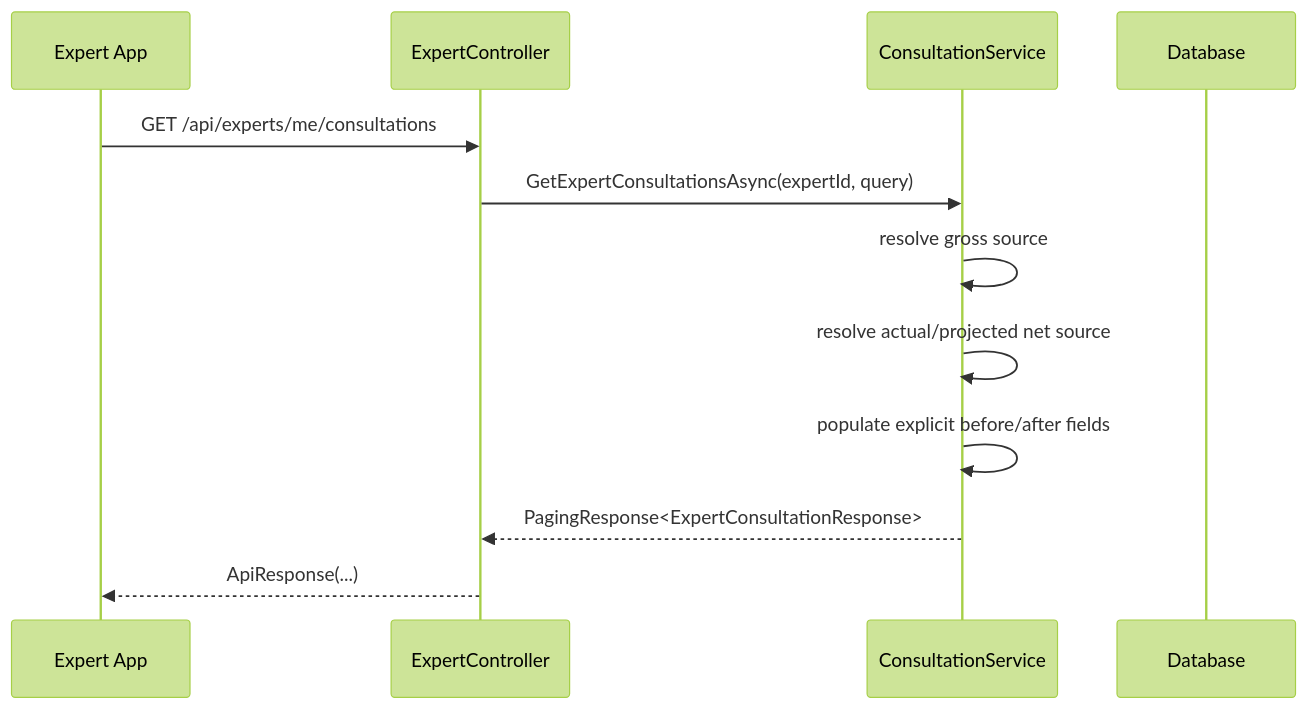
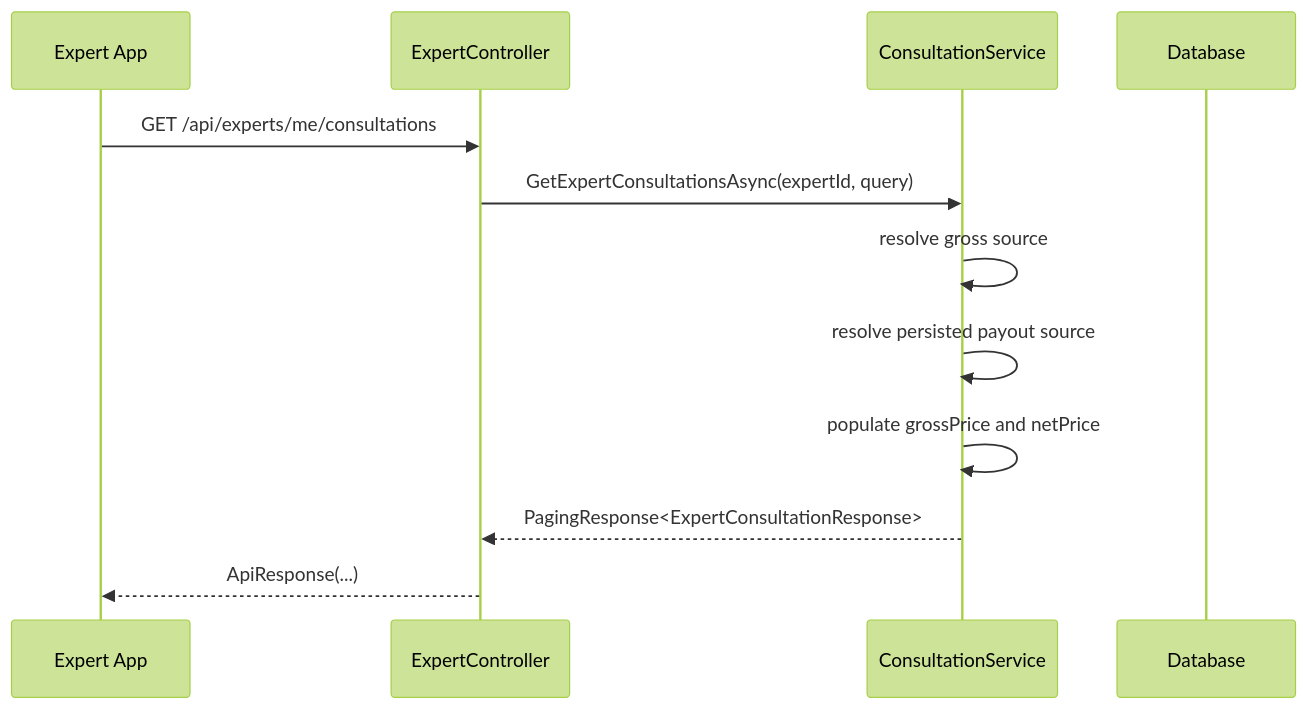
The fourth of 4 diagrams in Docs/05-Backend/02-layers/consultation-information-response/consultation-information-response.sourcecode.md (Snake-AID/SnakeAid.Docs), drawn with Mermaid (forest theme) before and after one commit. The commit also changed other lines of this file and 4 other files, not shown here.

````diff
--- a/Docs/05-Backend/02-layers/consultation-information-response/consultation-information-response.sourcecode.md
+++ b/Docs/05-Backend/02-layers/consultation-information-response/consultation-information-response.sourcecode.md
@@ -189,15 +196,15 @@
 ```mermaid
 sequenceDiagram
     participant App as Expert App
     participant API as ExpertController
     participant Service as ConsultationService
     participant DB as Database
 
     App->>API: GET /api/experts/me/consultations
     API->>Service: GetExpertConsultationsAsync(expertId, query)
     Service->>Service: resolve gross source
-    Service->>Service: resolve actual/projected net source
-    Service->>Service: populate explicit before/after fields
+    Service->>Service: resolve persisted payout source
+    Service->>Service: populate grossPrice and netPrice
     Service-->>API: PagingResponse<ExpertConsultationResponse>
     API-->>App: ApiResponse(...)
 ```
````
